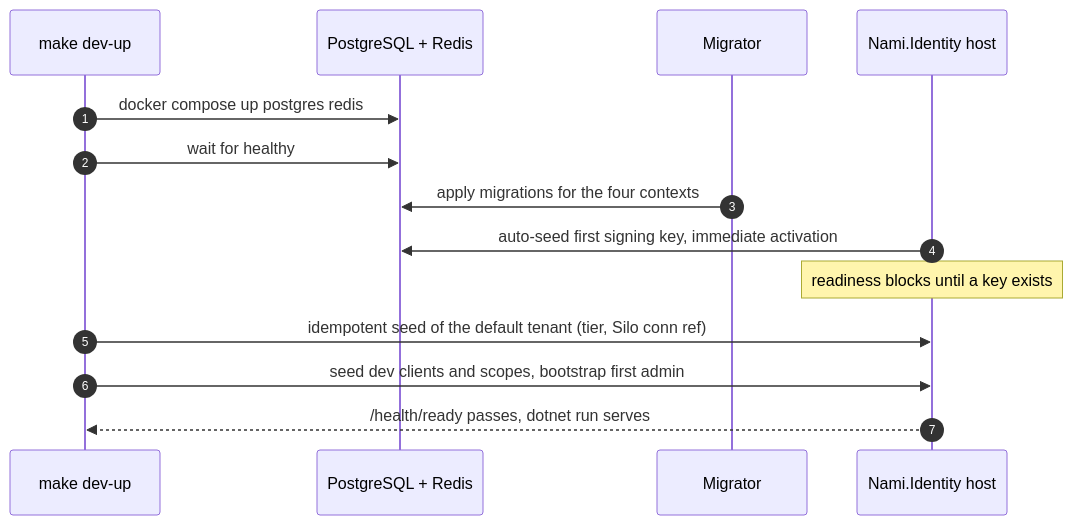
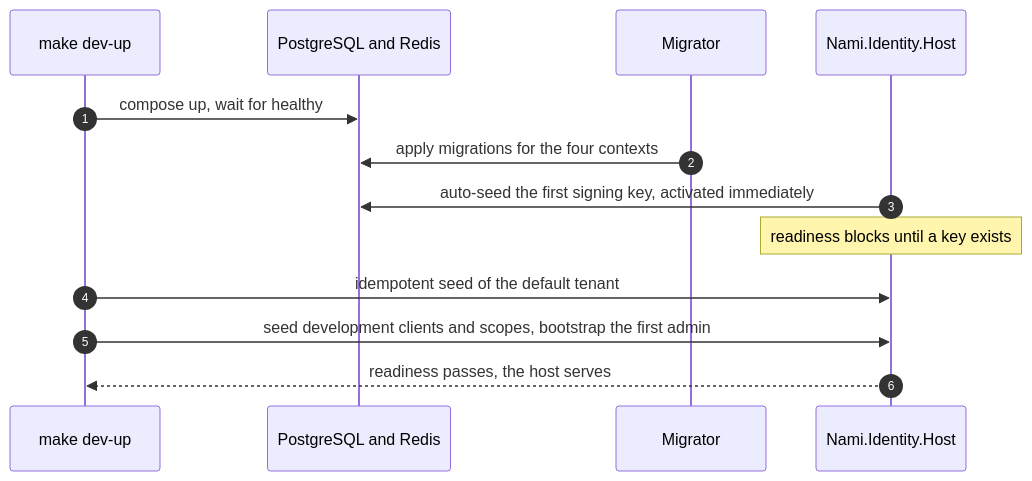
One commit to namphuongtran/nami changed the second of 2 diagrams in docs/design/01-foundations.md. Above: the diagram before and after it, drawn with Mermaid. The commit also changed other lines of this file and 1 other file, not shown here.

````diff
--- a/docs/design/01-foundations.md
+++ b/docs/design/01-foundations.md
@@ -252,16 +309,15 @@
 ```mermaid
 sequenceDiagram
   autonumber
   participant Dev as make dev-up
-  participant PG as PostgreSQL + Redis
+  participant PG as PostgreSQL and Redis
   participant Mig as Migrator
-  participant App as Nami.Identity host
-  Dev->>PG: docker compose up postgres redis
-  Dev->>PG: wait for healthy
+  participant App as Nami.Identity.Host
+  Dev->>PG: compose up, wait for healthy
   Mig->>PG: apply migrations for the four contexts
-  App->>PG: auto-seed first signing key, immediate activation
+  App->>PG: auto-seed the first signing key, activated immediately
   Note over App: readiness blocks until a key exists
-  Dev->>App: idempotent seed of the default tenant (tier, Silo conn ref)
-  Dev->>App: seed dev clients and scopes, bootstrap first admin
-  App-->>Dev: /health/ready passes, dotnet run serves
+  Dev->>App: idempotent seed of the default tenant
+  Dev->>App: seed development clients and scopes, bootstrap the first admin
+  App-->>Dev: readiness passes, the host serves
 ```
````
